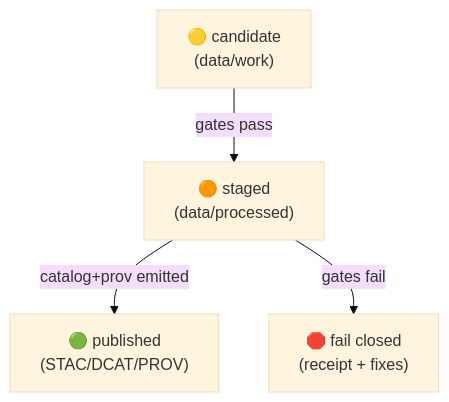
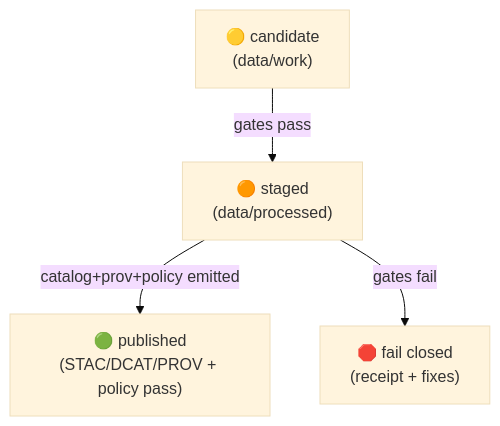
Before and after one commit to bartytime4life/Kansas-Frontier-Matrix: the second of 3 diagrams in pipelines/README.md, drawn with Mermaid (base theme). The commit also changed other lines of this file, not shown here.

````diff
--- a/pipelines/README.md
+++ b/pipelines/README.md
@@ -247,6 +299,6 @@
 ```mermaid
 flowchart TB
   C["🟡 candidate\n(data/work)"] -->|gates pass| S["🟠 staged\n(data/processed)"]
-  S -->|catalog+prov emitted| P["🟢 published\n(STAC/DCAT/PROV)"]
+  S -->|catalog+prov+policy emitted| P["🟢 published\n(STAC/DCAT/PROV + policy pass)"]
   S -->|gates fail| F["🛑 fail closed\n(receipt + fixes)"]
 ```
````
